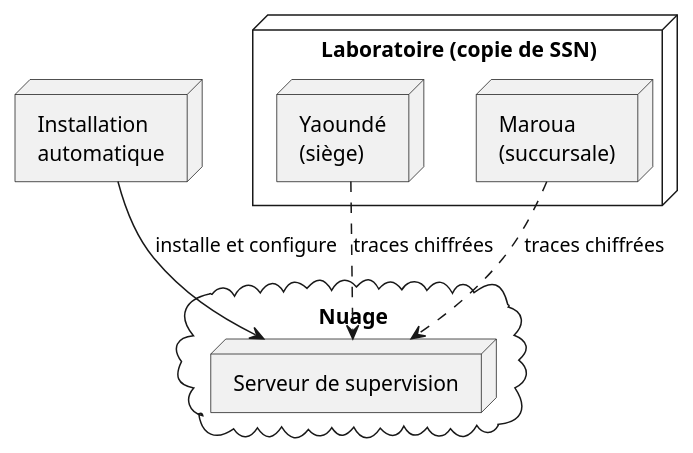
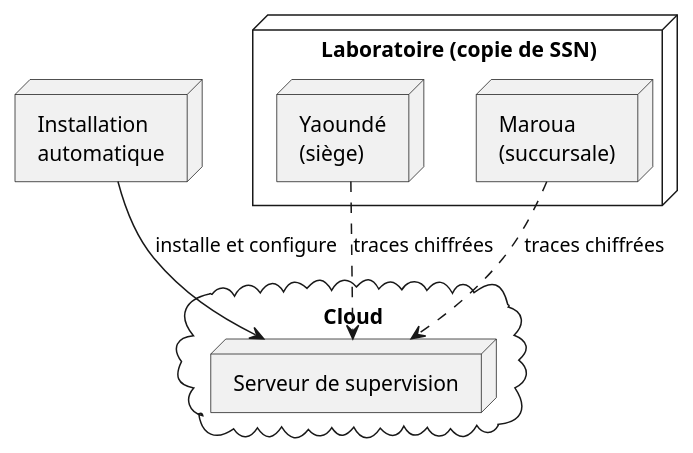
The fourth of 4 diagrams in rapport/chapitre-3.md (nklorenzo/wazuh-cloud-deployment-pipeline), drawn with PlantUML before and after one commit. The commit also changed other lines of this file, not shown here.

First line of the commit message:
docs: remplacer « nuage » par « cloud » dans le chapitre 3

````diff
--- a/rapport/chapitre-3.md
+++ b/rapport/chapitre-3.md
@@ -231,15 +232,15 @@
 ```plantuml
 @startuml
 node "Installation\nautomatique" as CI
-cloud "Nuage" {
+cloud "Cloud" {
   node "Serveur de supervision" as SRV
 }
 node "Laboratoire (copie de SSN)" {
   node "Yaoundé\n(siège)" as YDE
   node "Maroua\n(succursale)" as MRA
 }
 CI --> SRV : installe et configure
 YDE ..> SRV : traces chiffrées
 MRA ..> SRV : traces chiffrées
 @enduml
 ```
````
